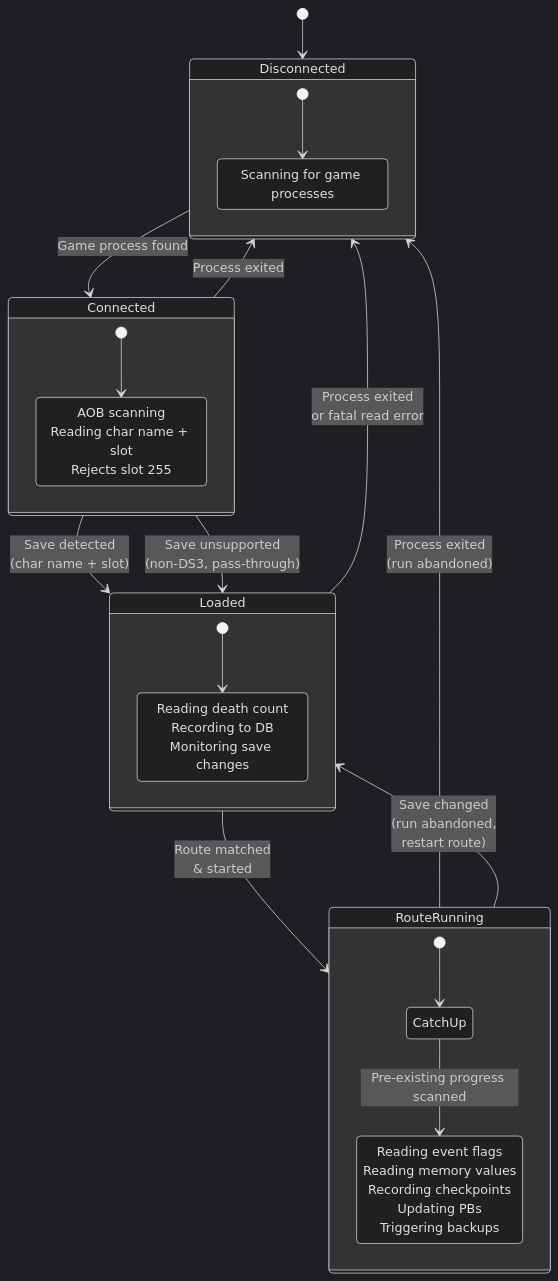
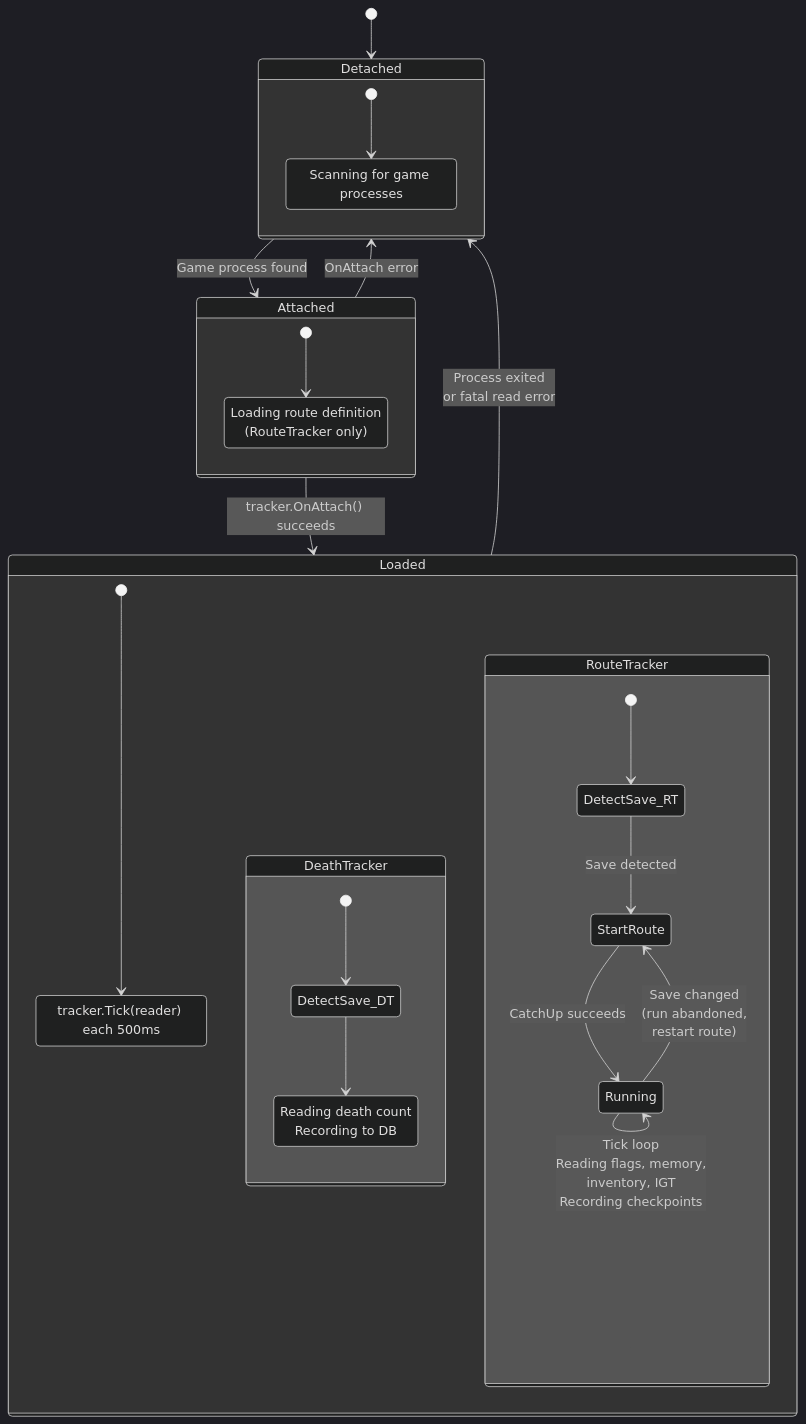
One commit to rjansen/deathcounter changed the diagram in README.md. Above: the diagram before and after it, drawn with Mermaid (dark theme). The commit also changed other lines of this file and 1 other file, not shown here.

Commit message:
docs: update architecture docs for two-level monitor design
- Rewrite monitor section in CLAUDE.md for GameMonitor/GameTracker split
- Update data flow diagram with new phase names and tracker tick flow
- Update route runner startup flow numbering and method references
- Remove stale routeAdapter and RouteInfo references
- Rewrite Mermaid state diagram in README.md with Detached/Attached/Loaded
  phases and nested DeathTracker/RouteTracker states
- Update file tree with new filenames and descriptions

````diff
--- a/README.md
+++ b/README.md
@@ -206,36 +206,39 @@
 ```mermaid
 stateDiagram-v2
-    [*] --> Disconnected
+    [*] --> Detached
 
-    Disconnected --> Connected : Game process found
-    Connected --> Loaded : Save detected<br/>(char name + slot)
-    Connected --> Loaded : Save unsupported<br/>(non-DS3, pass-through)
-    Loaded --> RouteRunning : Route matched<br/>& started
+    Detached --> Attached : Game process found
+    Attached --> Loaded : tracker.OnAttach() succeeds
 
-    Connected --> Disconnected : Process exited
-    Loaded --> Disconnected : Process exited<br/>or fatal read error
-    RouteRunning --> Disconnected : Process exited<br/>(run abandoned)
+    Attached --> Detached : OnAttach error
+    Loaded --> Detached : Process exited<br/>or fatal read error
 
-    RouteRunning --> Loaded : Save changed<br/>(run abandoned,<br/>restart route)
-
-    state Disconnected {
+    state Detached {
         [*] --> WaitingForGame
         WaitingForGame : Scanning for game processes
     }
 
-    state Connected {
-        [*] --> DetectingSave
-        DetectingSave : AOB scanning<br/>Reading char name + slot<br/>Rejects slot 255
+    state Attached {
+        [*] --> InitTracker
+        InitTracker : Loading route definition<br/>(RouteTracker only)
     }
 
     state Loaded {
-        [*] --> TrackingDeaths
-        TrackingDeaths : Reading death count<br/>Recording to DB<br/>Monitoring save changes
-    }
+        [*] --> Ticking
+        Ticking : tracker.Tick(reader) each 500ms
 
-    state RouteRunning {
-        [*] --> CatchUp
-        CatchUp --> TickLoop : Pre-existing progress scanned
-        TickLoop : Reading event flags<br/>Reading memory values<br/>Recording checkpoints<br/>Updating PBs<br/>Triggering backups
+        state DeathTracker {
+            [*] --> DetectSave_DT
+            DetectSave_DT --> ReadDeaths
+            ReadDeaths : Reading death count<br/>Recording to DB
+        }
+
+        state RouteTracker {
+            [*] --> DetectSave_RT
+            DetectSave_RT --> StartRoute : Save detected
+            StartRoute --> Running : CatchUp succeeds
+            Running --> Running : Tick loop<br/>Reading flags, memory,<br/>inventory, IGT<br/>Recording checkpoints
+            Running --> StartRoute : Save changed<br/>(run abandoned,<br/>restart route)
+        }
     }
 ```
````
